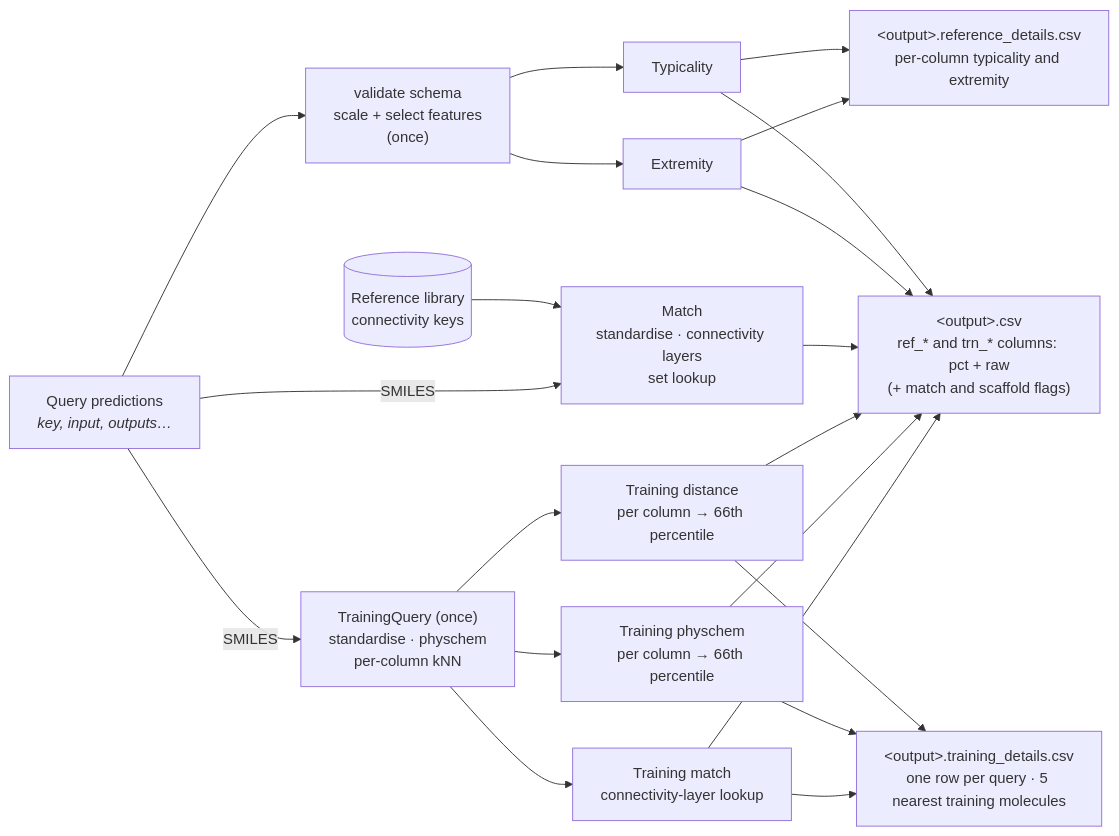
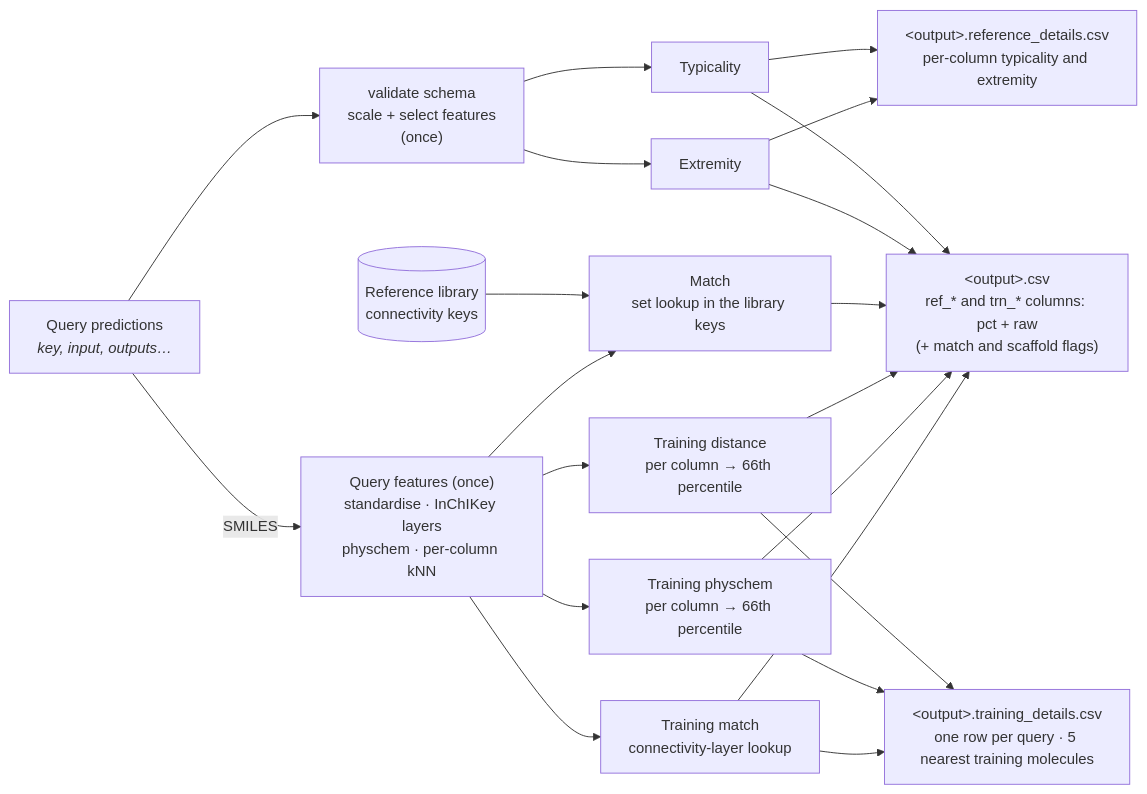
Before and after one commit to ersilia-os/eosquality: the third of 3 diagrams in docs/diagram.md, drawn with Mermaid. The commit also changed other lines of this file and 48 other files, not shown here.

````diff
--- a/docs/diagram.md
+++ b/docs/diagram.md
@@ -35,14 +35,14 @@
 ```mermaid
 flowchart LR
     Q["Query predictions<br/><i>key, input, outputs…</i>"] --> SCALE["validate schema<br/>scale + select features<br/>(once)"]
     LIB[("Reference library<br/>connectivity keys")] --> MAT
     SCALE --> TYP[Typicality] & EXT[Extremity]
-    Q -- SMILES --> MAT["Match<br/>standardise · connectivity layers<br/>set lookup"]
-    Q -- SMILES --> TQ["TrainingQuery (once)<br/>standardise · physchem<br/>per-column kNN"]
+    Q -- SMILES --> TQ["Query features (once)<br/>standardise · InChIKey layers<br/>physchem · per-column kNN"]
+    TQ --> MAT["Match<br/>set lookup in the library keys"]
     TQ --> TDR["Training distance<br/>per column → 66th percentile"]
     TQ --> TPH["Training physchem<br/>per column → 66th percentile"]
     TQ --> TMA["Training match<br/>connectivity-layer lookup"]
     TDR & TPH & TMA --> DET["&lt;output&gt;.training_details.csv<br/>one row per query · 5 nearest training molecules"]
     TYP & EXT --> RDET["&lt;output&gt;.reference_details.csv<br/>per-column typicality and extremity"]
     TYP & EXT & MAT & TDR & TPH & TMA --> OUT["&lt;output&gt;.csv<br/>ref_* and trn_* columns: pct + raw<br/>(+ match and scaffold flags)"]
 ```
````
